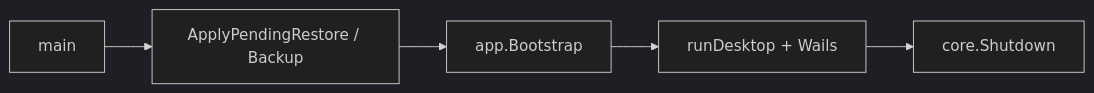
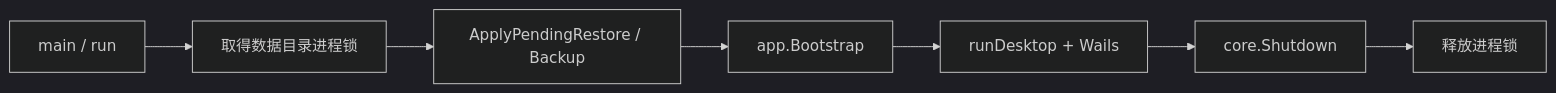
The diagram in cmd/desktop/README.md (sda1-hacker/humbert-agent), drawn with Mermaid (dark theme) before and after one commit. The commit also changed other lines of this file and 251 other files, not shown here.

````diff
--- a/cmd/desktop/README.md
+++ b/cmd/desktop/README.md
@@ -7,7 +7,9 @@
 ```mermaid
 flowchart LR
-  M[main] --> D[ApplyPendingRestore / Backup]
+  M[main / run] --> L[取得数据目录进程锁]
+  L --> D[ApplyPendingRestore / Backup]
   D --> B[app.Bootstrap]
   B --> W[runDesktop + Wails]
   W --> S[core.Shutdown]
+  S --> U[释放进程锁]
 ```
````
